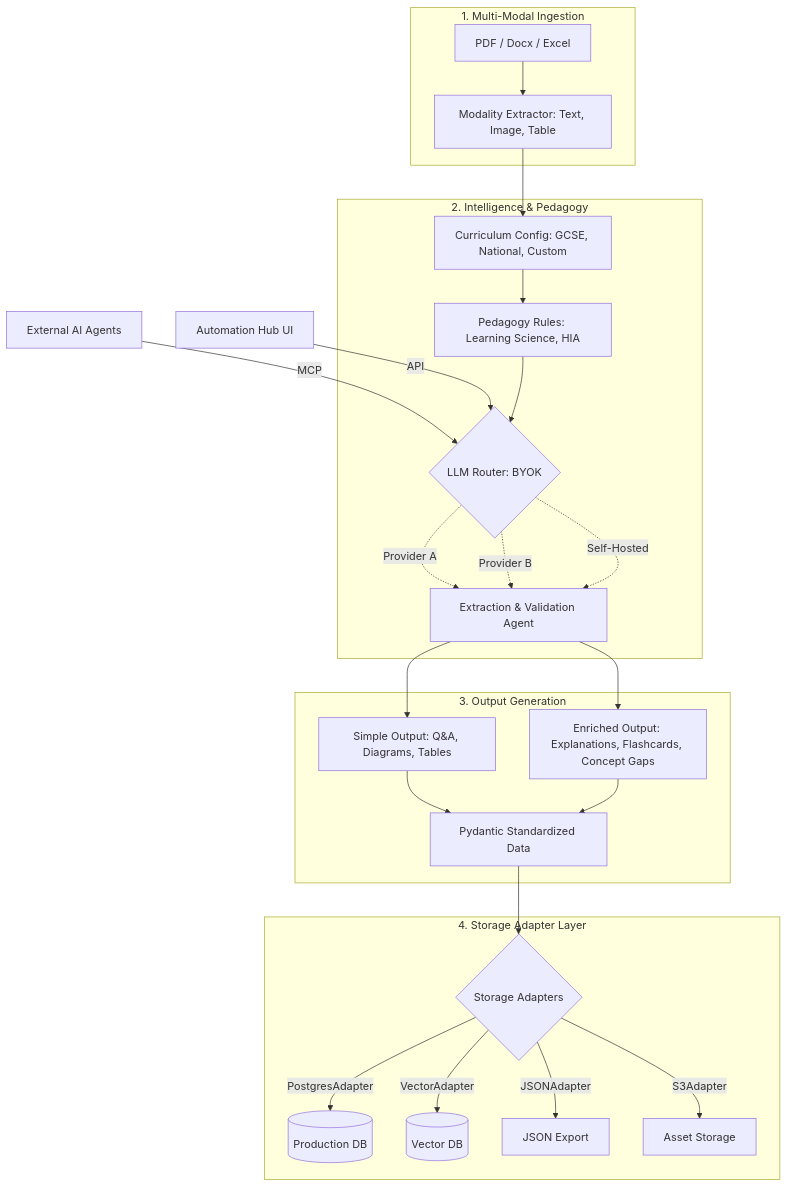
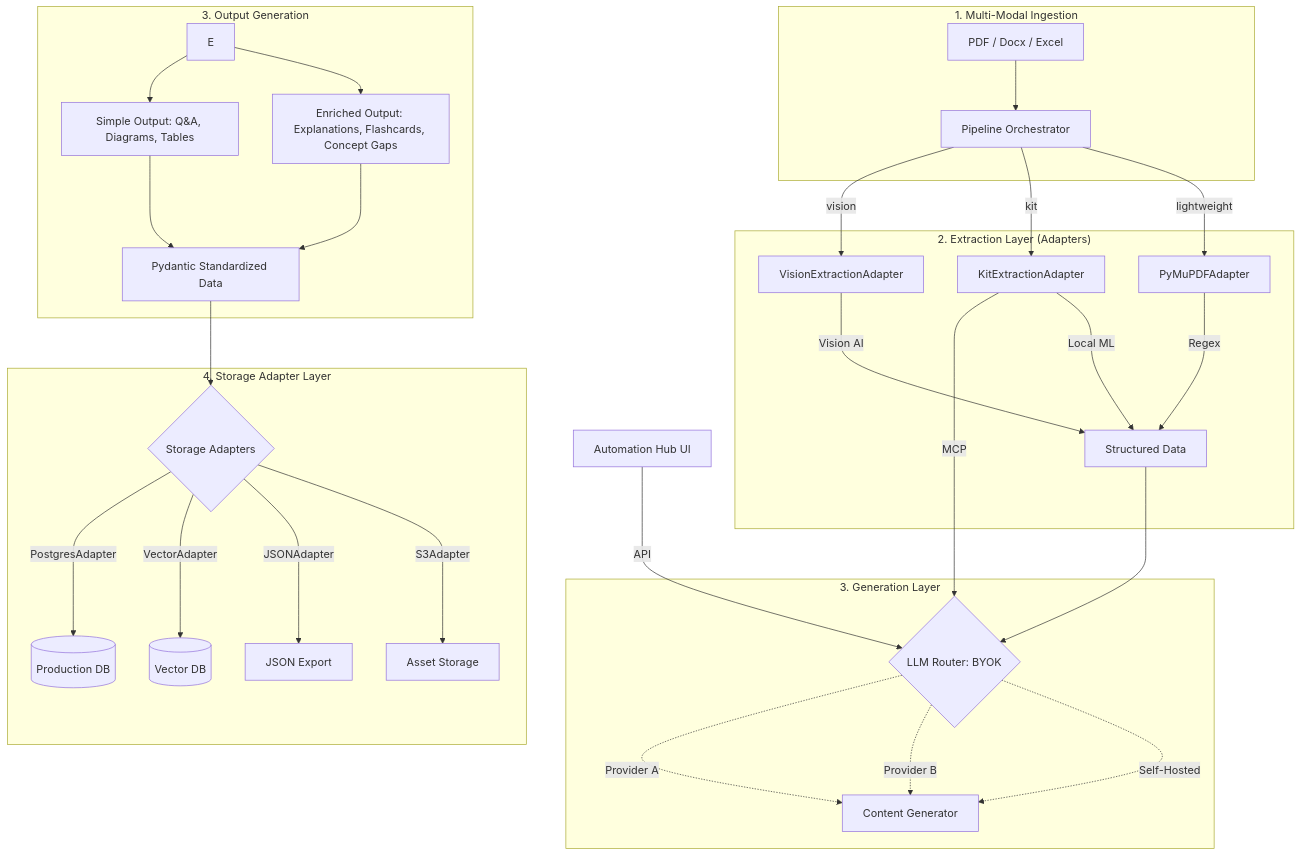
The diagram in docs/technical/AGENTIC_WORKFLOW.md (shmukit/Edmate), drawn with Mermaid before and after one commit. The commit also changed other lines of this file and 5 other files, not shown here.

Commit message:
feat: implement VisionExtractionAdapter for multimodal PDF content extraction and update architecture documentation

````diff
--- a/docs/technical/AGENTIC_WORKFLOW.md
+++ b/docs/technical/AGENTIC_WORKFLOW.md
@@ -13,50 +13,56 @@
 ```mermaid
 graph TB
     %% External Interfaces
     K[External AI Agents] -->|MCP| Router
     L[Automation Hub UI] -->|API| Router
 
     %% 1. Ingestion
     subgraph Ingestion ["1. Multi-Modal Ingestion"]
         A[PDF / Docx / Excel]
-        M[Modality Extractor: Text, Image, Table]
-        A --> M
+        O[Pipeline Orchestrator]
+        A --> O
     end
 
-    %% 2. Intelligence
-    subgraph Intelligence ["2. Intelligence & Pedagogy"]
-        C[Curriculum Config: GCSE, National, Custom]
-        P[Pedagogy Rules: Learning Science, HIA]
+    %% 2. Extraction Adapters
+    subgraph Extraction ["2. Extraction Layer (Adapters)"]
+        O -->|vision| V[VisionExtractionAdapter]
+        O -->|kit| K[KitExtractionAdapter]
+        O -->|lightweight| P[PyMuPDFAdapter]
+        
+        V -->|Vision AI| S1[Structured Data]
+        K -->|Local ML| S1
+        P -->|Regex| S1
+    end
+
+    %% 3. Intelligence
+    subgraph Intelligence ["3. Generation Layer"]
         Router{LLM Router: BYOK}
+        S1 --> Router
         
-        M --> C
-        C --> P
-        P --> Router
-        
-        Router -.->|Provider A| E[Extraction & Validation Agent]
-        Router -.->|Provider B| E
-        Router -.->|Self-Hosted| E
+        Router -.->|Provider A| G[Content Generator]
+        Router -.->|Provider B| G
+        Router -.->|Self-Hosted| G
     end
 
     %% 3. Output
     subgraph Output ["3. Output Generation"]
         O1[Simple Output: Q&A, Diagrams, Tables]
         O2[Enriched Output: Explanations, Flashcards, Concept Gaps]
         
         E --> O1
         E --> O2
         
         O1 --> S[Pydantic Standardized Data]
         O2 --> S
     end
 
     %% 4. Storage
     subgraph Persistence ["4. Storage Adapter Layer"]
         SA{Storage Adapters}
         S --> SA
         SA -->|PostgresAdapter| DB1[(Production DB)]
         SA -->|VectorAdapter| DB2[(Vector DB)]
         SA -->|JSONAdapter| DB3[JSON Export]
         SA -->|S3Adapter| DB4[Asset Storage]
     end
 ```
````
